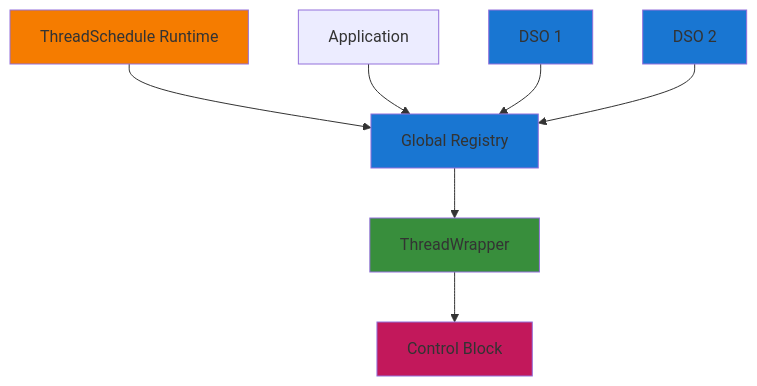
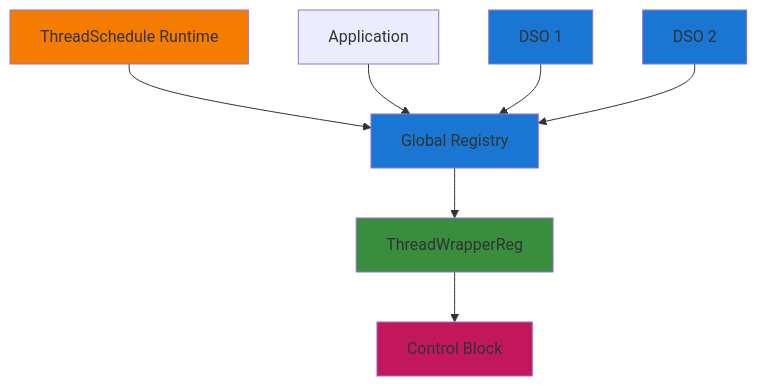
One commit to Katze719/ThreadSchedule changed the fifth of 5 diagrams in docs/REGISTRY.md. Above: the diagram before and after it, drawn with Mermaid. The commit also changed other lines of this file, not shown here.

Commit message:
Remove outdated notes from REGISTRY.md to streamline documentation and focus on essential information regarding thread control operations.

````diff
--- a/docs/REGISTRY.md
+++ b/docs/REGISTRY.md
@@ -196,27 +190,27 @@
 ```mermaid
 graph TD
     RT["ThreadSchedule Runtime"]
     GR["Global Registry"]
     App3[Application]
     DSO3["DSO 1"]
     DSO4["DSO 2"]
-    T6[ThreadWrapper]
+    T6[ThreadWrapperReg]
     CB6["Control Block"]
 
     RT --> GR
     App3 --> GR
     DSO3 --> GR
     DSO4 --> GR
     GR --> T6
     T6 --> CB6
 
     classDef registry fill:#1976d2
     classDef controlBlock fill:#c2185b
     classDef wrapper fill:#388e3c
     classDef runtime fill:#f57c00
 
     class GR,DSO3,DSO4 registry
     class CB6 controlBlock
     class T6 wrapper
     class RT runtime
 ```
````
